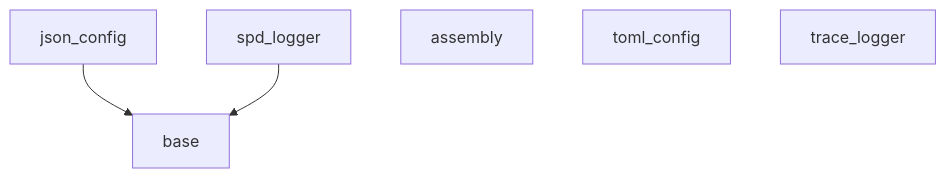
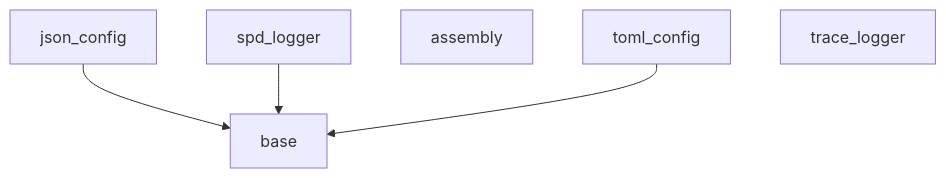
One commit to nomisma-labs/handbook changed the first of 7 diagrams in master_plan/core-layer.md. Above: the diagram before and after it, drawn with Mermaid. The commit also changed other lines of this file and 2 other files, not shown here.

Commit message:
Update TOML config

````diff
--- a/master_plan/core-layer.md
+++ b/master_plan/core-layer.md
@@ -33,8 +34,8 @@
 ```mermaid
 flowchart TB
     json["json_config"] --> base["base"]
     spd["spd_logger"] --> base
     assembly["assembly"]
-    toml["toml_config"]
+    toml["toml_config"] --> base
     trace["trace_logger"]
 ```
````
